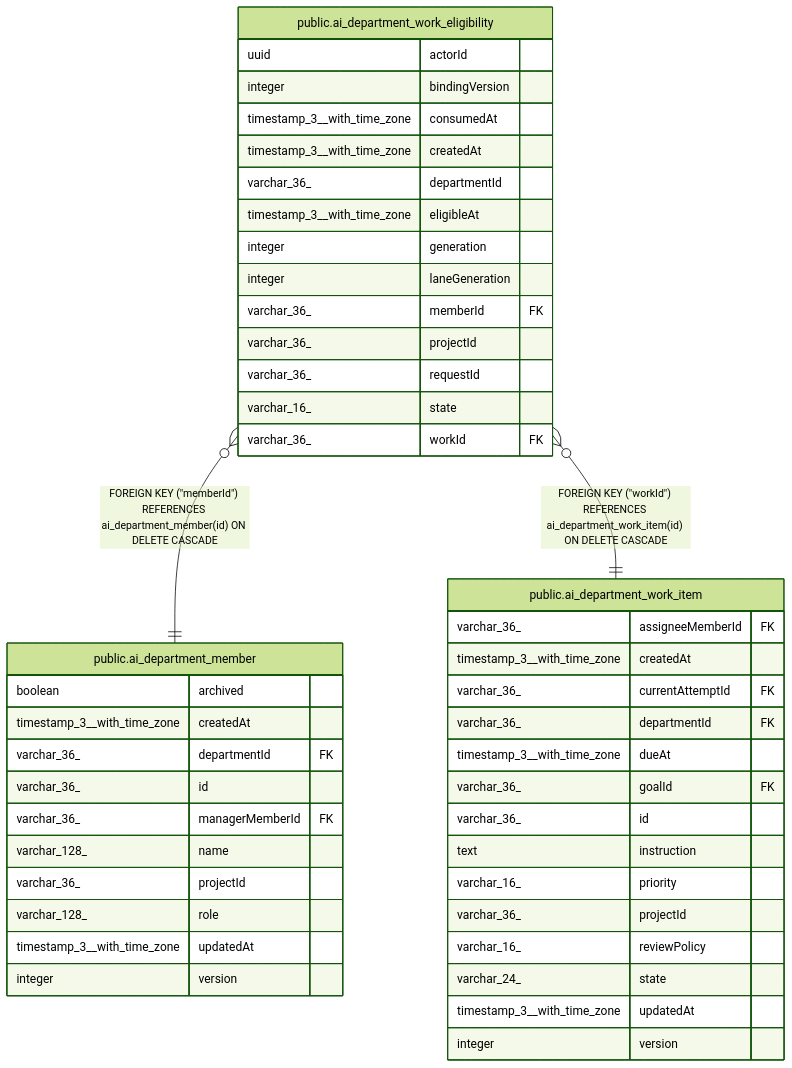
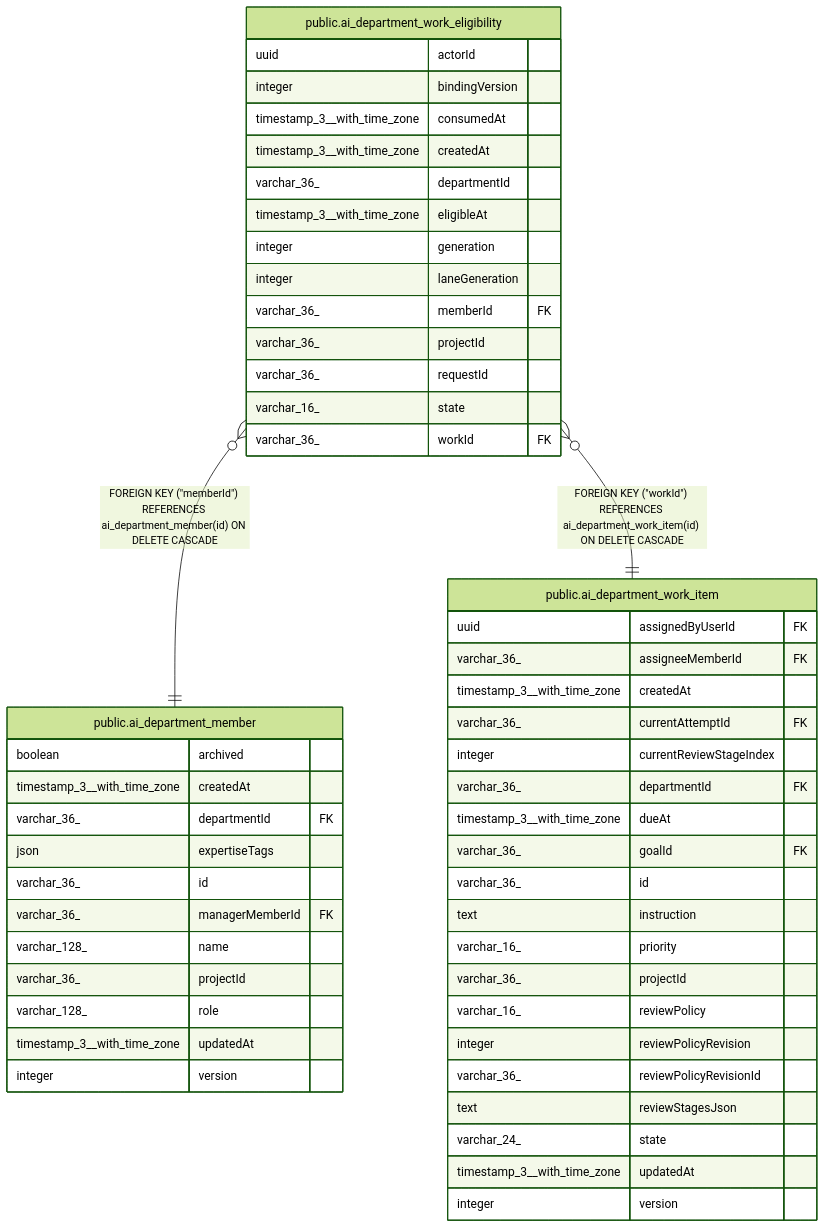
The diagram in docs/generated/postgres-schema/public.ai_department_work_eligibility.md (haison1234/Nexora), drawn with Mermaid (forest theme) before and after one commit. The commit also changed 524 other files, not shown here.

````diff
--- a/docs/generated/postgres-schema/public.ai_department_work_eligibility.md
+++ b/docs/generated/postgres-schema/public.ai_department_work_eligibility.md
@@ -51,50 +51,56 @@
 ```mermaid
 erDiagram
 
 "public.ai_department_work_eligibility" }o--|| "public.ai_department_member" : "FOREIGN KEY (#quot;memberId#quot;) REFERENCES ai_department_member(id) ON DELETE CASCADE"
 "public.ai_department_work_eligibility" }o--|| "public.ai_department_work_item" : "FOREIGN KEY (#quot;workId#quot;) REFERENCES ai_department_work_item(id) ON DELETE CASCADE"
 
 "public.ai_department_work_eligibility" {
   uuid actorId
   integer bindingVersion
   timestamp_3__with_time_zone consumedAt
   timestamp_3__with_time_zone createdAt
   varchar_36_ departmentId
   timestamp_3__with_time_zone eligibleAt
   integer generation
   integer laneGeneration
   varchar_36_ memberId FK
   varchar_36_ projectId
   varchar_36_ requestId
   varchar_16_ state
   varchar_36_ workId FK
 }
 "public.ai_department_member" {
   boolean archived
   timestamp_3__with_time_zone createdAt
   varchar_36_ departmentId FK
+  json expertiseTags
   varchar_36_ id
   varchar_36_ managerMemberId FK
   varchar_128_ name
   varchar_36_ projectId
   varchar_128_ role
   timestamp_3__with_time_zone updatedAt
   integer version
 }
 "public.ai_department_work_item" {
+  uuid assignedByUserId FK
   varchar_36_ assigneeMemberId FK
   timestamp_3__with_time_zone createdAt
   varchar_36_ currentAttemptId FK
+  integer currentReviewStageIndex
   varchar_36_ departmentId FK
   timestamp_3__with_time_zone dueAt
   varchar_36_ goalId FK
   varchar_36_ id
   text instruction
   varchar_16_ priority
   varchar_36_ projectId
   varchar_16_ reviewPolicy
+  integer reviewPolicyRevision
+  varchar_36_ reviewPolicyRevisionId
+  text reviewStagesJson
   varchar_24_ state
   timestamp_3__with_time_zone updatedAt
   integer version
 }
 ```
````
